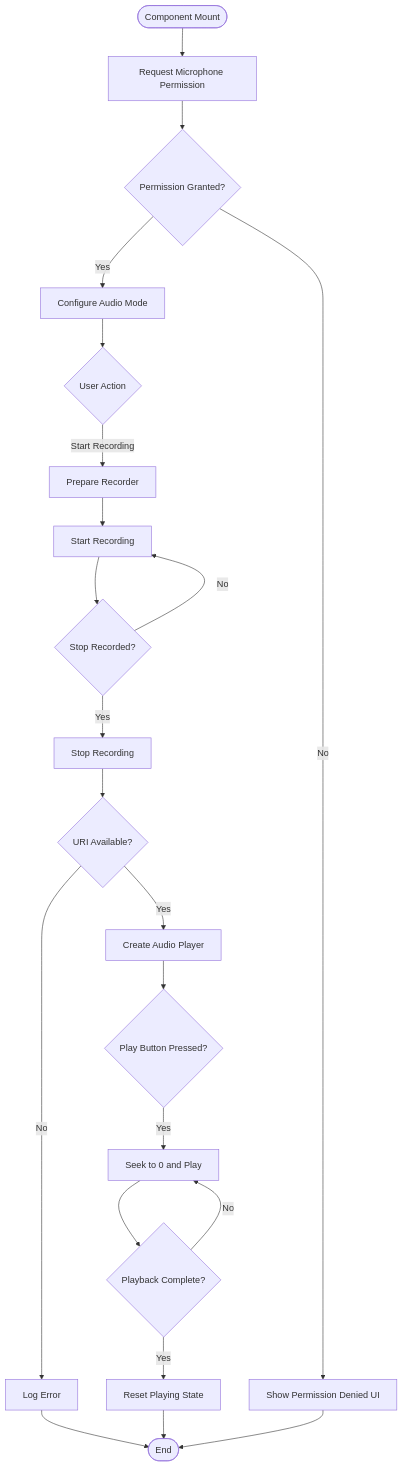
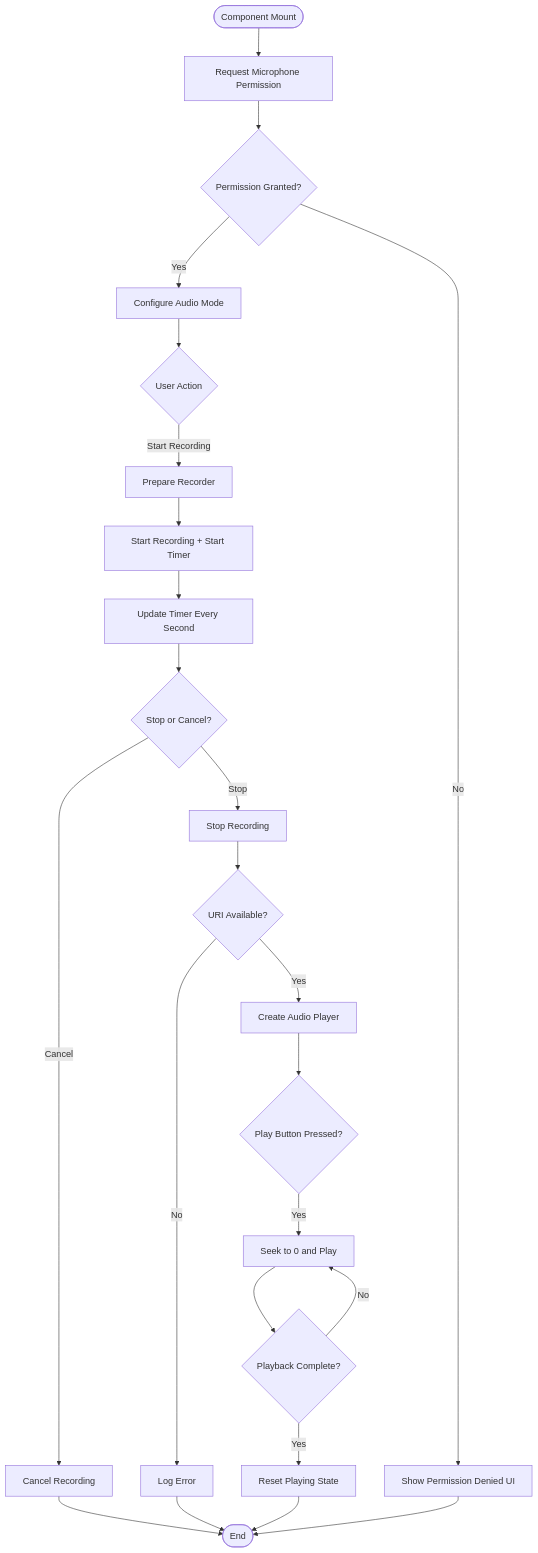
The fourth of 6 diagrams in .qoder/repowiki/en/content/Voice Assistant Feature/Voice Recorder Component.md (Aiman-Naeem/KisaanDost_AI_hackathon_Pakistan), drawn with Mermaid before and after one commit. The commit also changed other lines of this file and 42 other files, not shown here.

````diff
--- a/.qoder/repowiki/en/content/Voice Assistant Feature/Voice Recorder Component.md
+++ b/.qoder/repowiki/en/content/Voice Assistant Feature/Voice Recorder Component.md
@@ -258,24 +342,26 @@
 ```mermaid
 flowchart TD
 Start(["Component Mount"]) --> Perm["Request Microphone Permission"]
 Perm --> PermOK{"Permission Granted?"}
 PermOK --> |No| DenyUI["Show Permission Denied UI"]
 PermOK --> |Yes| Setup["Configure Audio Mode"]
 Setup --> Action{"User Action"}
 Action --> |Start Recording| Prep["Prepare Recorder"]
-Prep --> Rec["Start Recording"]
-Rec --> Stop{"Stop Recorded?"}
-Stop --> |No| Rec
-Stop --> |Yes| StopRec["Stop Recording"]
+Prep --> Rec["Start Recording + Start Timer"]
+Rec --> Timer["Update Timer Every Second"]
+Timer --> StopChoice{"Stop or Cancel?"}
+StopChoice --> |Stop| StopRec["Stop Recording"]
+StopChoice --> |Cancel| CancelRec["Cancel Recording"]
 StopRec --> Uri{"URI Available?"}
 Uri --> |Yes| Player["Create Audio Player"]
 Uri --> |No| Error["Log Error"]
 Player --> Play{"Play Button Pressed?"}
 Play --> |Yes| PlayBack["Seek to 0 and Play"]
 PlayBack --> Done{"Playback Complete?"}
 Done --> |Yes| Reset["Reset Playing State"]
 Done --> |No| PlayBack
-Error --> End(["End"])
+CancelRec --> End(["End"])
+Error --> End
 Reset --> End
 DenyUI --> End
 ```
````
